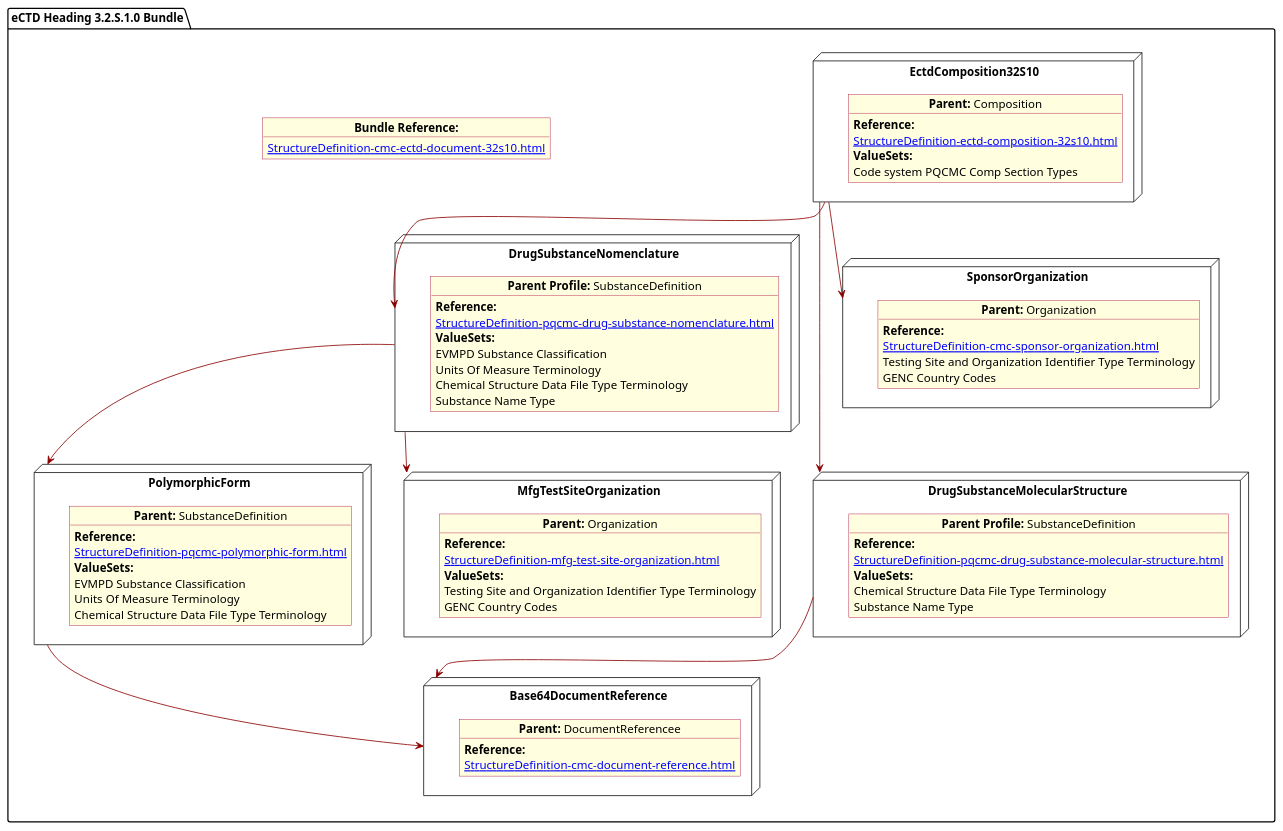
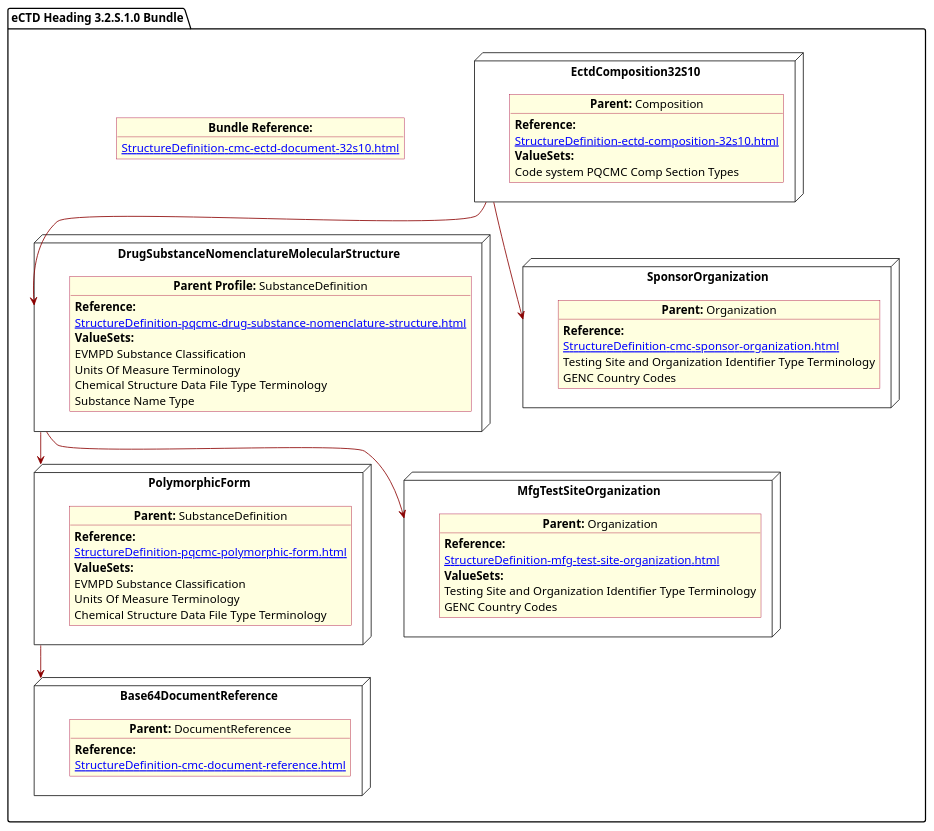
The diagram in input/images-source/SubstanceGeneral.plantuml (HL7/FHIR-us-pq-cmc-fda), drawn with PlantUML before and after one commit. The commit also changed 31 other files, not shown here.

```diff
--- a/input/images-source/SubstanceGeneral.plantuml
+++ b/input/images-source/SubstanceGeneral.plantuml
@@ -1,98 +1,87 @@
 @startuml SubstanceGeneral
 allowmixing
 'Mixed model of use case and object
 skinparam svgDimensionStyle false
 skinparam ObjectBackgroundColor LightYellow
 skinparam ObjectBorderColor #A80036
 skinparam activityDiamondBorderColor #A80036
 skinparam activityDiamondBackgroundColor lawnGreen
 skinparam ClassBorderThickness 4
 
 package "eCTD Heading 3.2.S.1.0 Bundle" as NODES {
   object "**Bundle Reference:**" as objbun {
     [[StructureDefinition-cmc-ectd-document-32s10.html]]
   }
 
-  node "DrugSubstanceNomenclature" as NN {
+  node "DrugSubstanceNomenclatureMolecularStructure" as NN {
 
     object "**Parent Profile:** SubstanceDefinition" as obj3 {
       **Reference:**
-      [[StructureDefinition-pqcmc-drug-substance-nomenclature.html]]
+      [[StructureDefinition-pqcmc-drug-substance-nomenclature-structure.html]]
       **ValueSets:**
       EVMPD Substance Classification
       Units Of Measure Terminology
       Chemical Structure Data File Type Terminology
       Substance Name Type
     }
   }
-  node "DrugSubstanceMolecularStructure" as N21 {
 
-    object "**Parent Profile:** SubstanceDefinition" as obj22 {
-      **Reference:**
-      [[StructureDefinition-pqcmc-drug-substance-molecular-structure.html]]
-      **ValueSets:**
-      Chemical Structure Data File Type Terminology
-      Substance Name Type
-    }
-  }
   node "Base64DocumentReference" as NB64 {
 
     object "**Parent:** DocumentReferencee"  as obj64 {
       **Reference:**
       [[StructureDefinition-cmc-document-reference.html]]
     }
   }
   node "EctdComposition32S10" as N1 {
 
     object "**Parent:** Composition" as obj1 {
       **Reference:**
       [[StructureDefinition-ectd-composition-32s10.html]]
       **ValueSets:**
       Code system PQCMC Comp Section Types
     }
 
   }
   node "PolymorphicForm" as N2 {
 
     object "**Parent:** SubstanceDefinition" as obj2 {
       **Reference:**
       [[StructureDefinition-pqcmc-polymorphic-form.html]]
       **ValueSets:**
       EVMPD Substance Classification
       Units Of Measure Terminology
       Chemical Structure Data File Type Terminology
 
     }
 
   }
   node "SponsorOrganization" as NSO {
 
     object "**Parent:** Organization" as objAu {
       **Reference:**
       [[StructureDefinition-cmc-sponsor-organization.html]]
       Testing Site and Organization Identifier Type Terminology
 
       GENC Country Codes
     }
   }
 
   node "MfgTestSiteOrganization" as N21mfg {
 
     object "**Parent:** Organization" as objTS  {
       **Reference:**
       [[StructureDefinition-mfg-test-site-organization.html]]
       **ValueSets:**
       Testing Site and Organization Identifier Type Terminology
       GENC Country Codes
     }
   }
 
-  N1 -[#darkred]-> N21
   N1 -[#darkred]-> NN
   NN -[#darkred]-> N2
   N2 -[#darkred]-> NB64
-  N21 -[#darkred]-> NB64
   N1 -[#darkred]-> NSO
   NN -[#darkred]-> N21mfg
 }
 @enduml
```
